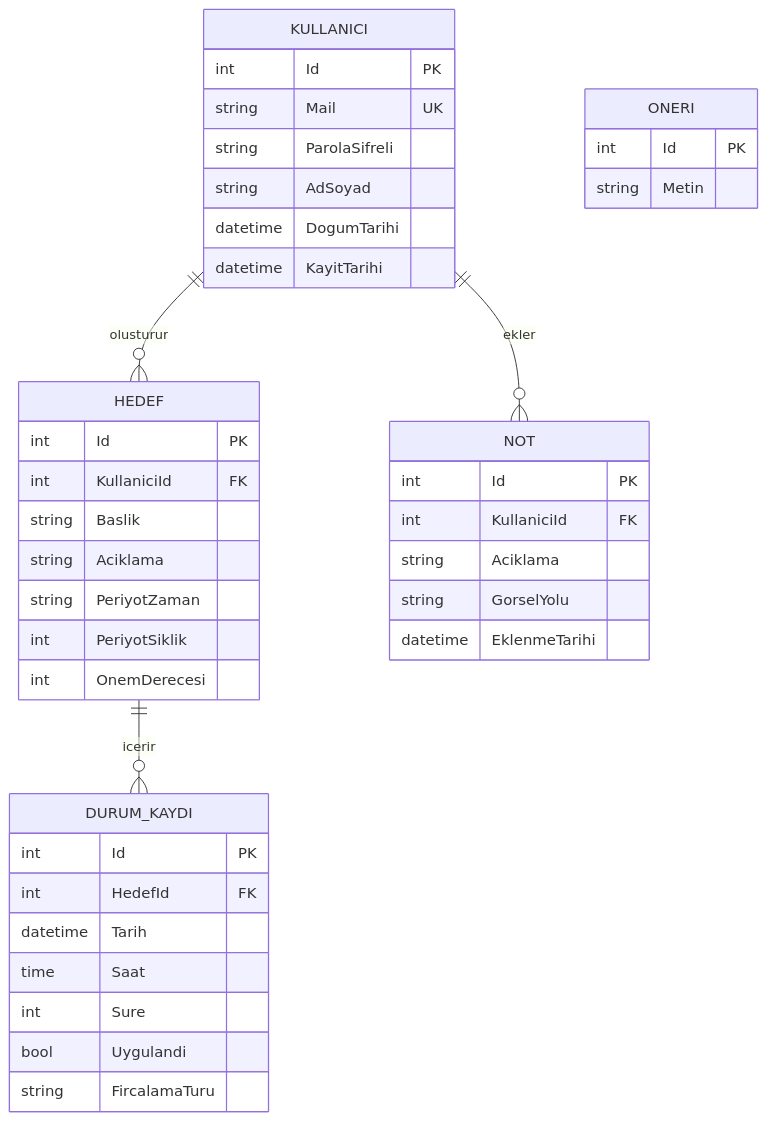
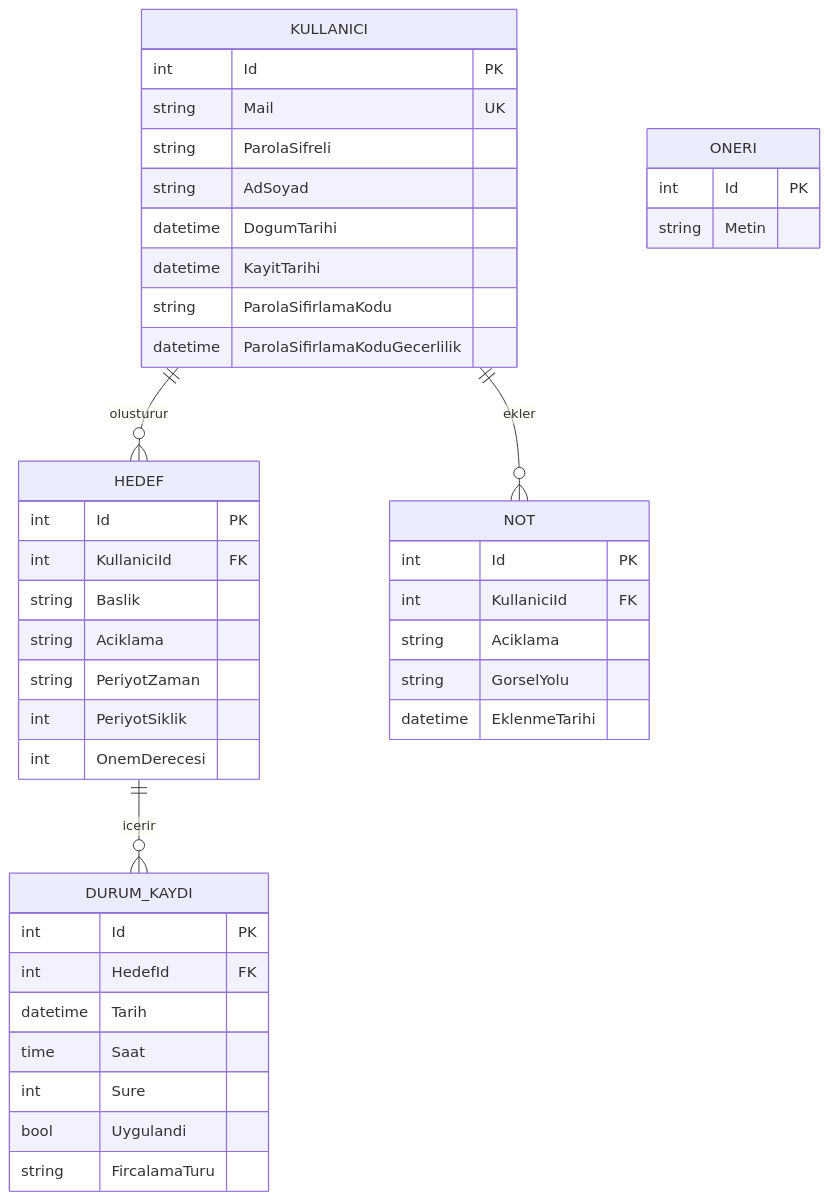
One commit to nanchash/agizbakim changed the diagram in docs/veritabani-semasi.md. Above: the diagram before and after it, drawn with Mermaid. The commit also changed other lines of this file and 1 other file, not shown here.

Commit message:
README ve DB semasini parola sifirlama kod akisiyla guncelle
Dogrulama kodu ile parola sifirlama ve profilde mevcut parola
zorunlulugu README'ye, yeni Kullanici alanlari veritabani semasina
yansitildi. Mail ayarlarinin artik parola sifirlama icin de gerekli
oldugu belirtildi.

````diff
--- a/docs/veritabani-semasi.md
+++ b/docs/veritabani-semasi.md
@@ -5,48 +5,50 @@
 ```mermaid
 erDiagram
     KULLANICI ||--o{ HEDEF : olusturur
     KULLANICI ||--o{ NOT : ekler
     HEDEF ||--o{ DURUM_KAYDI : icerir
 
     KULLANICI {
         int Id PK
         string Mail UK
         string ParolaSifreli
         string AdSoyad
         datetime DogumTarihi
         datetime KayitTarihi
+        string ParolaSifirlamaKodu
+        datetime ParolaSifirlamaKoduGecerlilik
     }
 
     HEDEF {
         int Id PK
         int KullaniciId FK
         string Baslik
         string Aciklama
         string PeriyotZaman
         int PeriyotSiklik
         int OnemDerecesi
     }
 
     DURUM_KAYDI {
         int Id PK
         int HedefId FK
         datetime Tarih
         time Saat
         int Sure
         bool Uygulandi
         string FircalamaTuru
     }
 
     NOT {
         int Id PK
         int KullaniciId FK
         string Aciklama
         string GorselYolu
         datetime EklenmeTarihi
     }
 
     ONERI {
         int Id PK
         string Metin
     }
 ```
````
